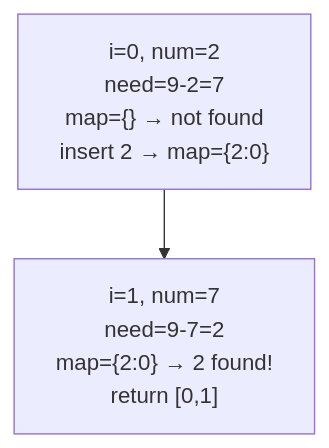
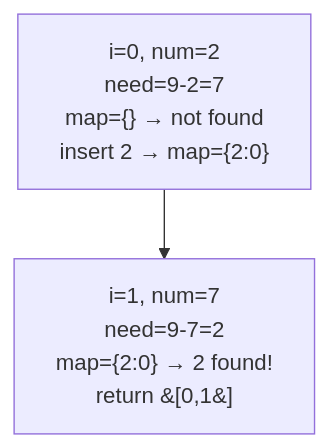
Before and after one commit to Aryan-Jadon18/dsa-placement-prep: the diagram in topics/01-arrays-hashing/01-two-sum/README.md, drawn with Mermaid. The commit also changed 52 other files, not shown here.

First line of the commit message:
Fix Mermaid diagrams not rendering on GitHub

````diff
--- a/topics/01-arrays-hashing/01-two-sum/README.md
+++ b/topics/01-arrays-hashing/01-two-sum/README.md
@@ -43,4 +43,4 @@
 ```mermaid
 flowchart TD
-    A["i=0, num=2<br/>need=9-2=7<br/>map={} → not found<br/>insert 2 → map={2:0}"] --> B["i=1, num=7<br/>need=9-7=2<br/>map={2:0} → 2 found!<br/>return [0,1]"]
+    A["i=0, num=2<br/>need=9-2=7<br/>map={} → not found<br/>insert 2 → map={2:0}"] --> B["i=1, num=7<br/>need=9-7=2<br/>map={2:0} → 2 found!<br/>return &#91;0,1&#93;"]
 ```
````
